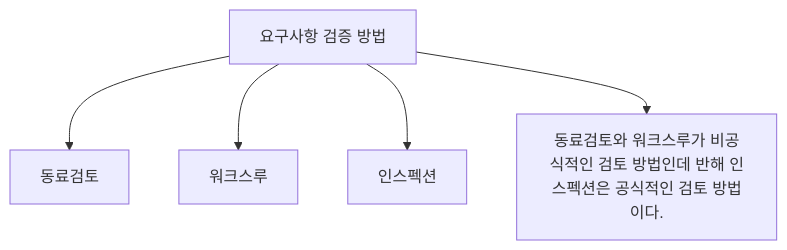
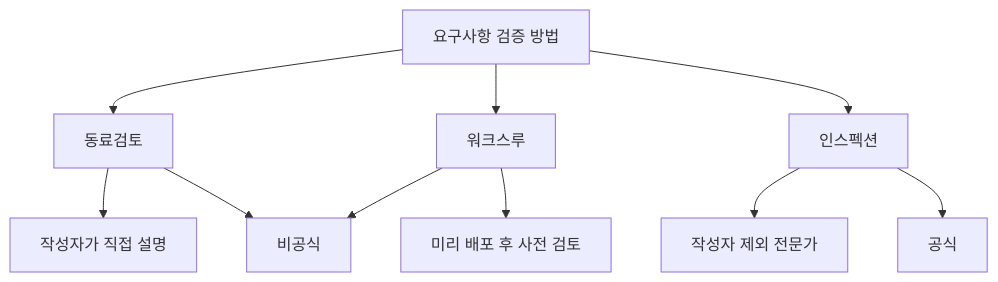
One commit to nes0903/study changed the first of 8 diagrams in 정보처리기사/1과목 소프트웨어 설계/053 요구사항 검증 방법/053 요구사항 검증 방법.md. Above: the diagram before and after it, drawn with Mermaid. The commit also changed other lines of this file and 318 other files, not shown here.

````diff
--- a/정보처리기사/1과목 소프트웨어 설계/053 요구사항 검증 방법/053 요구사항 검증 방법.md
+++ b/정보처리기사/1과목 소프트웨어 설계/053 요구사항 검증 방법/053 요구사항 검증 방법.md
@@ -13,8 +14,13 @@
 ```mermaid
 flowchart TD
     A["요구사항 검증 방법"]
-    A --> N1["동료검토"]
-    A --> N2["워크스루"]
-    A --> N3["인스펙션"]
-    A --> N4["동료검토와 워크스루가 비공식적인 검토 방법인데 반해 인스펙션은 공식적인 검토 방법이다."]
+    A --> B["동료검토"]
+    A --> C["워크스루"]
+    A --> D["인스펙션"]
+    B --> B1["작성자가 직접 설명"]
+    C --> C1["미리 배포 후 사전 검토"]
+    D --> D1["작성자 제외 전문가"]
+    B --> E["비공식"]
+    C --> E
+    D --> F["공식"]
 ```
````
